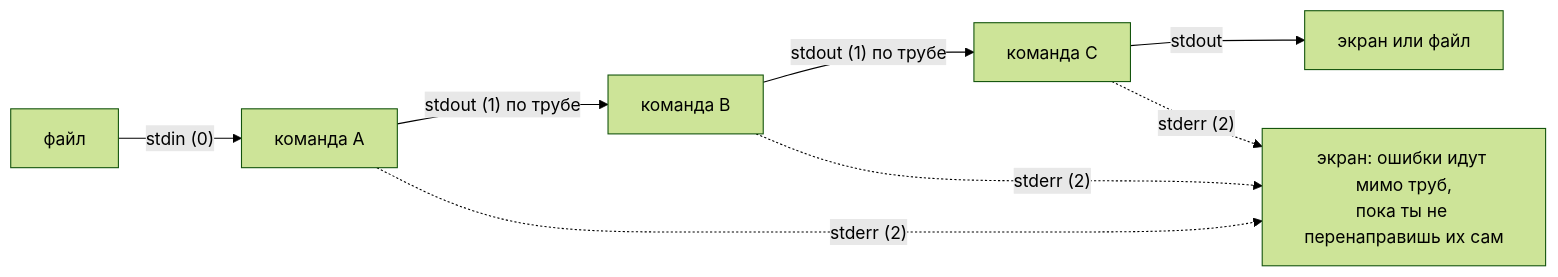
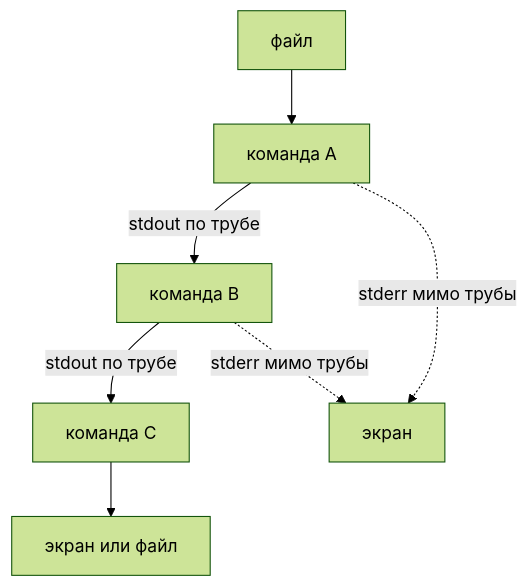
The first of 2 diagrams in devops/01-linux/02-text-pipes.md (distinguished-sre/learning), drawn with Mermaid (forest theme) before and after one commit. The commit also changed other lines of this file and 462 other files, not shown here.

````diff
--- a/devops/01-linux/02-text-pipes.md
+++ b/devops/01-linux/02-text-pipes.md
@@ -37,10 +37,9 @@
 ```mermaid
-flowchart LR
-    F["файл"] -->|"stdin (0)"| A["команда A"]
-    A -->|"stdout (1) по трубе"| B["команда B"]
-    B -->|"stdout (1) по трубе"| C["команда C"]
-    C -->|"stdout"| O["экран или файл"]
-    A -.->|"stderr (2)"| E["экран: ошибки идут мимо труб,<br>пока ты не перенаправишь их сам"]
-    B -.->|"stderr (2)"| E
-    C -.->|"stderr (2)"| E
+flowchart TD
+    F["файл"] --> A["команда A"]
+    A -->|"stdout по трубе"| B["команда B"]
+    B -->|"stdout по трубе"| C["команда C"]
+    C --> O["экран или файл"]
+    A -.->|"stderr мимо трубы"| E["экран"]
+    B -.->|"stderr мимо трубы"| E
 ```
````
